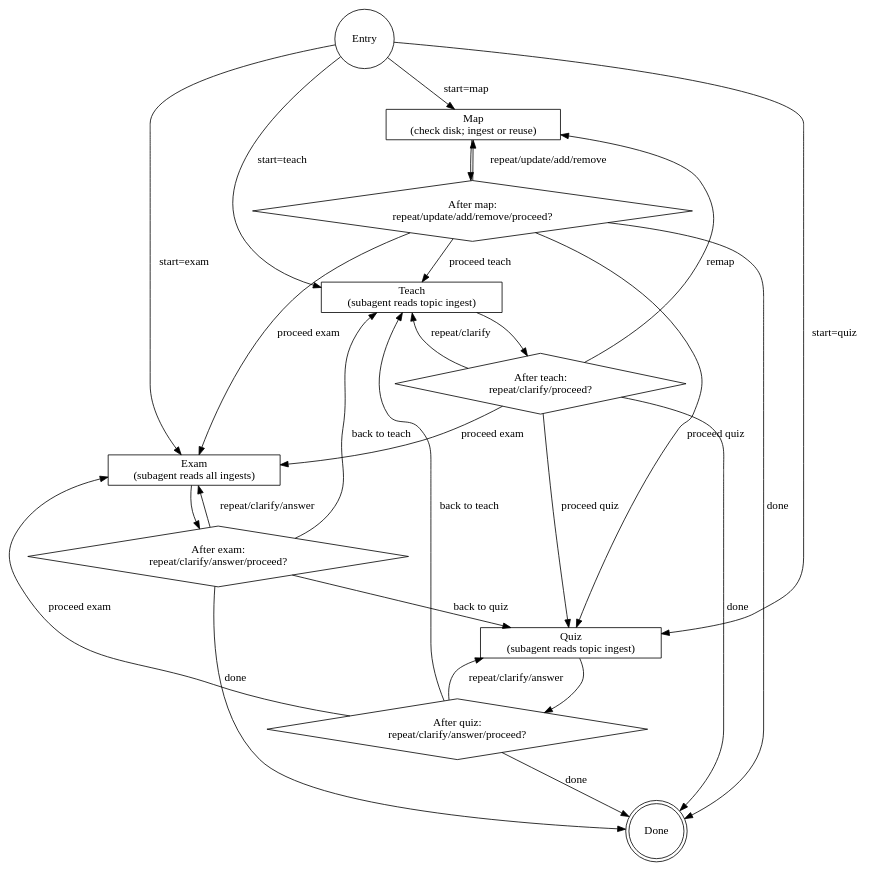
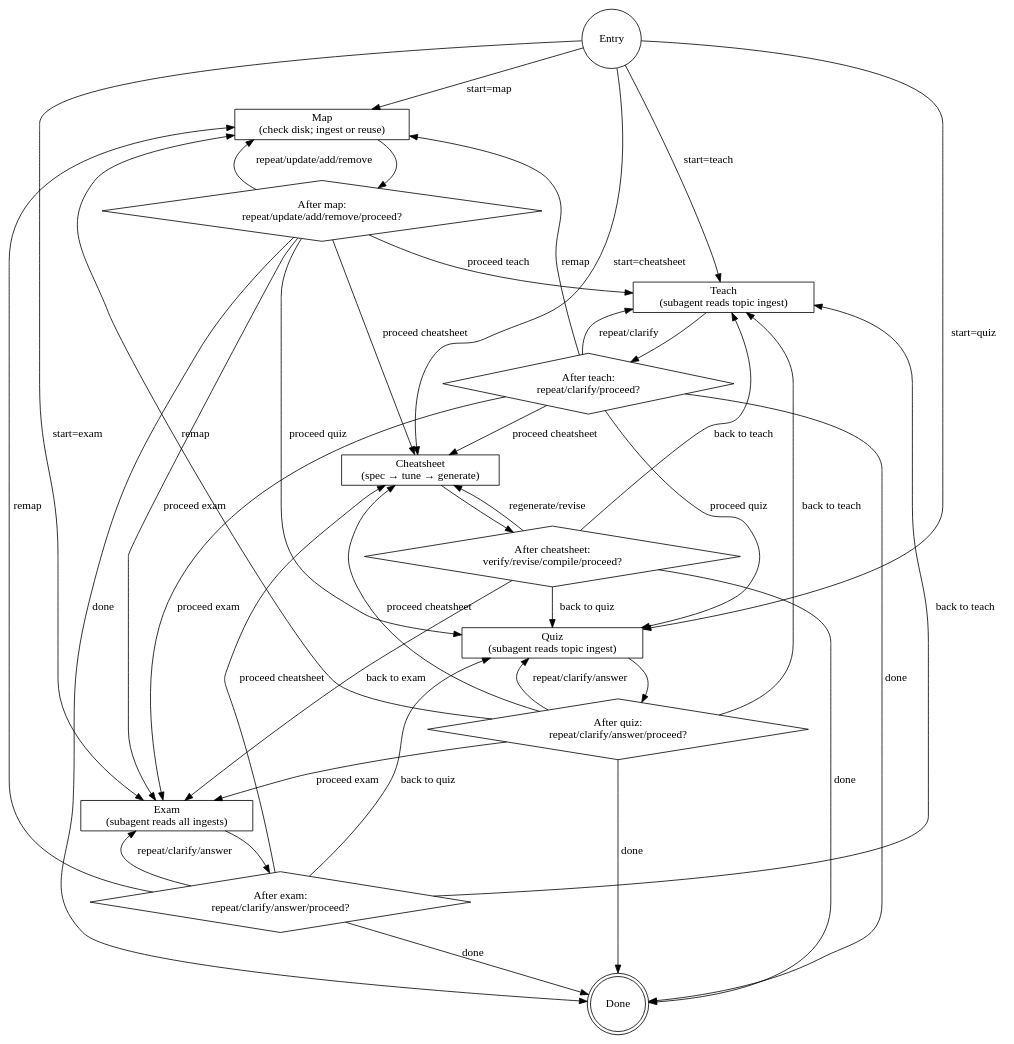
Before and after one commit to Xateh/course-cram: the diagram in SKILL.md, drawn with Graphviz. The commit also changed other lines of this file and 2 other files, not shown here.

First line of the commit message:
feat(cheatsheet): add Phase 5 — LaTeX cheatsheet generation

````diff
--- a/SKILL.md
+++ b/SKILL.md
@@ -33,46 +39,62 @@
 ```dot
 digraph course_cram {
     entry      [shape=circle,       label="Entry"];
     map        [shape=box,          label="Map\n(check disk; ingest or reuse)"];
     teach      [shape=box,          label="Teach\n(subagent reads topic ingest)"];
     quiz       [shape=box,          label="Quiz\n(subagent reads topic ingest)"];
     exam       [shape=box,          label="Exam\n(subagent reads all ingests)"];
+    cheatsheet [shape=box,          label="Cheatsheet\n(spec → tune → generate)"];
     post_map   [shape=diamond,      label="After map:\nrepeat/update/add/remove/proceed?"];
     post_teach [shape=diamond,      label="After teach:\nrepeat/clarify/proceed?"];
     post_quiz  [shape=diamond,      label="After quiz:\nrepeat/clarify/answer/proceed?"];
     post_exam  [shape=diamond,      label="After exam:\nrepeat/clarify/answer/proceed?"];
+    post_cheat [shape=diamond,      label="After cheatsheet:\nverify/revise/compile/proceed?"];
     done       [shape=doublecircle, label="Done"];
 
     entry -> map   [label="start=map"];
     entry -> teach [label="start=teach"];
     entry -> quiz  [label="start=quiz"];
     entry -> exam  [label="start=exam"];
+    entry -> cheatsheet [label="start=cheatsheet"];
 
     map   -> post_map;
     teach -> post_teach;
     quiz  -> post_quiz;
     exam  -> post_exam;
+    cheatsheet -> post_cheat;
 
     post_map -> map   [label="repeat/update/add/remove"];
     post_map -> teach [label="proceed teach"];
     post_map -> quiz  [label="proceed quiz"];
     post_map -> exam  [label="proceed exam"];
+    post_map -> cheatsheet [label="proceed cheatsheet"];
     post_map -> done  [label="done"];
 
     post_teach -> teach [label="repeat/clarify"];
     post_teach -> quiz  [label="proceed quiz"];
     post_teach -> exam  [label="proceed exam"];
     post_teach -> map   [label="remap"];
+    post_teach -> cheatsheet [label="proceed cheatsheet"];
     post_teach -> done  [label="done"];
 
     post_quiz -> quiz  [label="repeat/clarify/answer"];
     post_quiz -> teach [label="back to teach"];
     post_quiz -> exam  [label="proceed exam"];
+    post_quiz -> map   [label="remap"];
+    post_quiz -> cheatsheet [label="proceed cheatsheet"];
     post_quiz -> done  [label="done"];
 
     post_exam -> exam  [label="repeat/clarify/answer"];
     post_exam -> teach [label="back to teach"];
     post_exam -> quiz  [label="back to quiz"];
+    post_exam -> map   [label="remap"];
+    post_exam -> cheatsheet [label="proceed cheatsheet"];
     post_exam -> done  [label="done"];
+
+    post_cheat -> cheatsheet [label="regenerate/revise"];
+    post_cheat -> teach      [label="back to teach"];
+    post_cheat -> quiz       [label="back to quiz"];
+    post_cheat -> exam       [label="back to exam"];
+    post_cheat -> done       [label="done"];
 }
 ```
````
